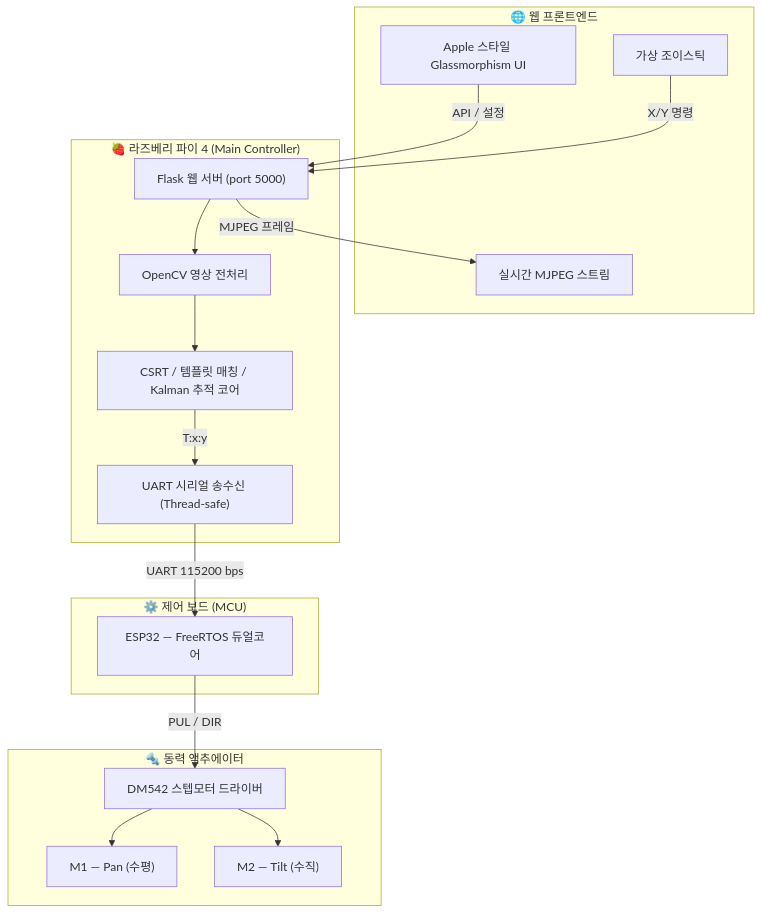
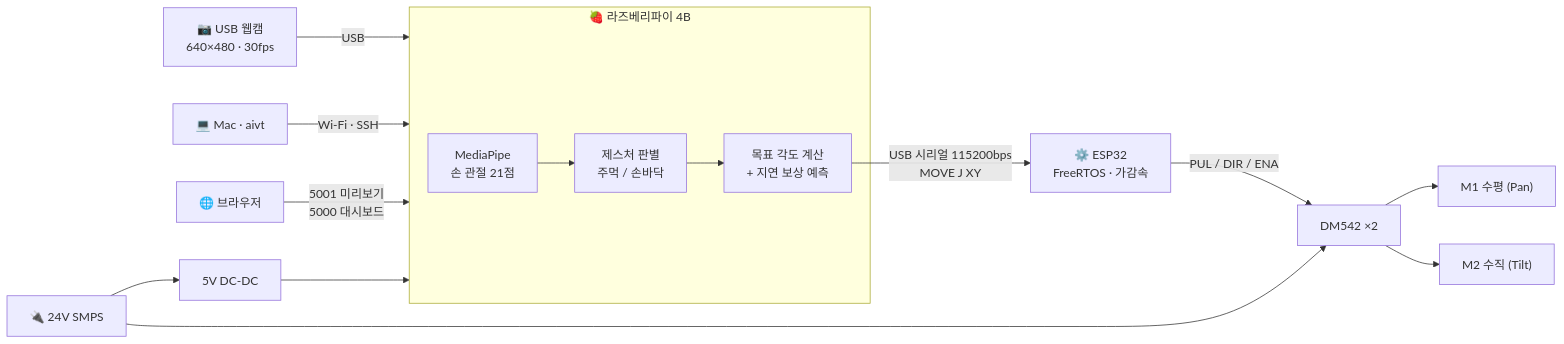
Before and after one commit to lsk0522/AI_vision_tracker: the diagram in README.md, drawn with Mermaid. The commit also changed other lines of this file and 6 other files, not shown here.

````diff
--- a/README.md
+++ b/README.md
@@ -77,35 +74,16 @@
 ```mermaid
-graph TD
-    subgraph Web_Frontend ["🌐 웹 프론트엔드"]
-        UI["Apple 스타일 Glassmorphism UI"]
-        Joystick["가상 조이스틱"]
-        Stream["실시간 MJPEG 스트림"]
+graph LR
+    CAM["📷 USB 웹캠<br/>640×480 · 30fps"] -->|USB| PI
+    subgraph PI["🍓 라즈베리파이 4B"]
+        MP["MediaPipe<br/>손 관절 21점"] --> GES["제스처 판별<br/>주먹 / 손바닥"]
+        GES --> CTRL["목표 각도 계산<br/>+ 지연 보상 예측"]
     end
-
-    subgraph Backend_Server ["🍓 라즈베리 파이 4 (Main Controller)"]
-        Server["Flask 웹 서버 (port 5000)"]
-        Vision["OpenCV 영상 전처리"]
-        Track["CSRT / 템플릿 매칭 / Kalman 추적 코어"]
-        Serial["UART 시리얼 송수신 (Thread-safe)"]
-    end
-
-    subgraph MCU ["⚙️ 제어 보드 (MCU)"]
-        ESP["ESP32 — FreeRTOS 듀얼코어"]
-    end
-
-    subgraph Motor ["🔩 동력 액추에이터"]
-        Driver["DM542 스텝모터 드라이버"]
-        M1["M1 — Pan (수평)"]
-        M2["M2 — Tilt (수직)"]
-    end
-
-    UI -->|API / 설정| Server
-    Joystick -->|X/Y 명령| Server
-    Server -->|MJPEG 프레임| Stream
-    Server --> Vision --> Track
-    Track -->|T:x:y\n| Serial
-    Serial -->|UART 115200 bps| ESP
-    ESP -->|PUL / DIR| Driver
-    Driver --> M1
-    Driver --> M2
+    CTRL -->|"USB 시리얼 115200bps<br/>MOVE J XY"| ESP["⚙️ ESP32<br/>FreeRTOS · 가감속"]
+    ESP -->|PUL / DIR / ENA| DRV["DM542 ×2"]
+    DRV --> M1["M1 수평 (Pan)"]
+    DRV --> M2["M2 수직 (Tilt)"]
+    MAC["💻 Mac · aivt"] -->|Wi-Fi · SSH| PI
+    WEB["🌐 브라우저"] -->|"5001 미리보기<br/>5000 대시보드"| PI
+    PSU["🔌 24V SMPS"] --> DRV
+    PSU --> DCDC["5V DC-DC"] --> PI
 ```
````
